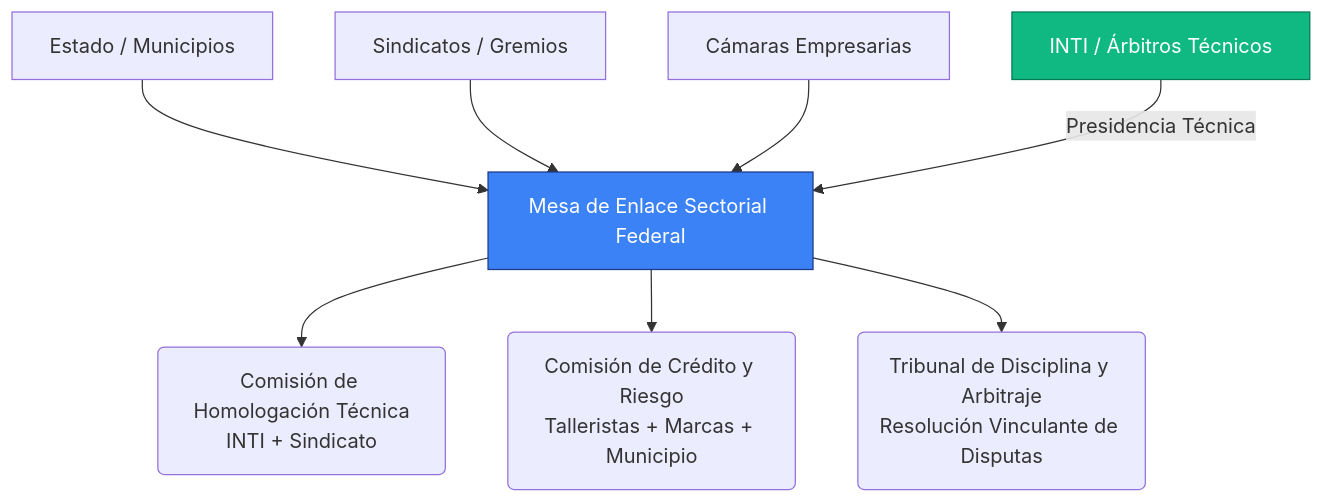
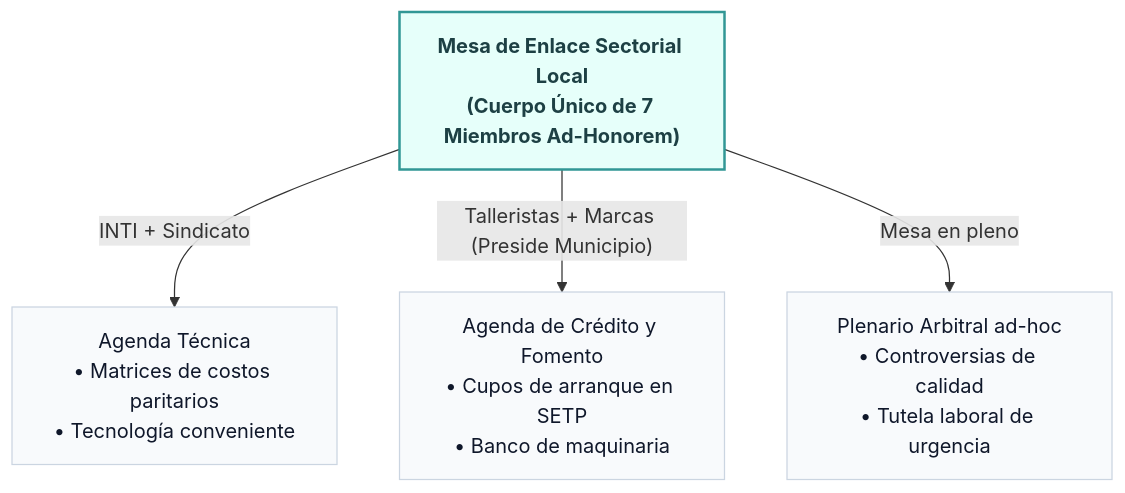
The first of 2 diagrams in docs/md/dossier_fimca_addenda1.md (sarthouse/indinopy), drawn with Mermaid before and after one commit. The commit also changed other lines of this file and 11 other files, not shown here.

````diff
--- a/docs/md/dossier_fimca_addenda1.md
+++ b/docs/md/dossier_fimca_addenda1.md
@@ -126,21 +125,16 @@
 ```mermaid
-graph TD
-    MES[Mesa de Enlace Sectorial Federal]
-    
-    EST[Estado / Municipios]
-    SIND[Sindicatos / Gremios]
-    CAM[Cámaras Empresarias]
-    INTI[INTI / Árbitros Técnicos]
-    
-    EST --> MES
-    SIND --> MES
-    CAM --> MES
-    INTI -->|Presidencia Técnica| MES
-    
-    MES --> C1(Comisión de Homologación Técnica<br/>INTI + Sindicato)
-    MES --> C2(Comisión de Crédito y Riesgo<br/>Talleristas + Marcas + Municipio)
-    MES --> C3(Tribunal de Disciplina y Arbitraje<br/>Resolución Vinculante de Disputas)
-    
-    style MES fill:#3b82f6,stroke:#1e3a8a,color:#fff
-    style INTI fill:#10b981,stroke:#047857,color:#fff
+flowchart TD
+    MES["Mesa de Enlace Sectorial Local<br/>(Cuerpo Único de 7 Miembros Ad-Honorem)"]
+
+    A1["Agenda Técnica<br/>• Matrices de costos paritarios<br/>• Tecnología conveniente"]
+    A2["Agenda de Crédito y Fomento<br/>• Cupos de arranque en SETP<br/>• Banco de maquinaria"]
+    A3["Plenario Arbitral ad-hoc<br/>• Controversias de calidad<br/>• Tutela laboral de urgencia"]
+
+    MES -->|"INTI + Sindicato"| A1
+    MES -->|"Talleristas + Marcas (Preside Municipio)"| A2
+    MES -->|"Mesa en pleno"| A3
+
+    classDef default fill:#F8FAFC,stroke:#CBD5E1,stroke-width:1px,color:#0F172A;
+    classDef head fill:#E6FFFA,stroke:#319795,stroke-width:2px,color:#1D4044,font-weight:bold;
+    class MES head;
 ```
````
